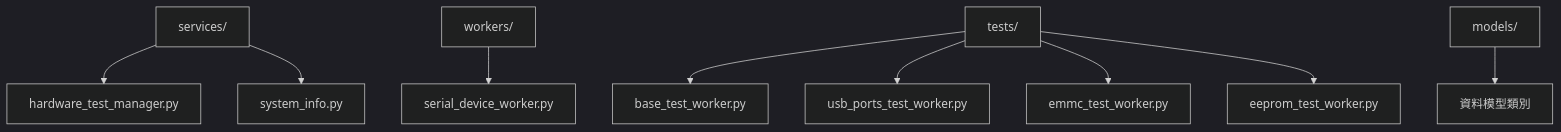
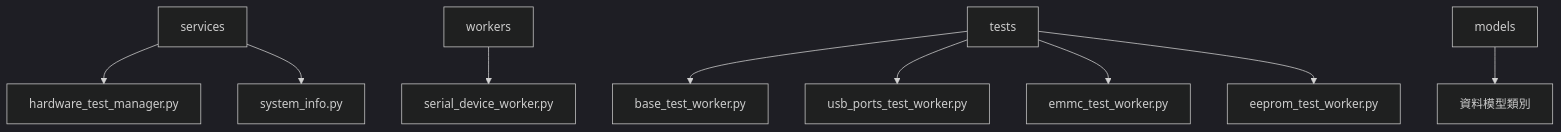
One commit to MingYuan-Chen/orion_v2 changed the third of 9 diagrams in orion_developer_document.md. Above: the diagram before and after it, drawn with Mermaid (dark theme). The commit also changed other lines of this file, not shown here.

Commit message:
update developer document - flow chart display2

````diff
--- a/orion_developer_document.md
+++ b/orion_developer_document.md
@@ -137,16 +137,16 @@
 ```mermaid
 graph TD
-    A[services/]
-    B[workers/]
-    C[tests/]
-    D[models/]
+    A[services]
+    B[workers]
+    C[tests]
+    D[models]
     
     A --> A1[hardware_test_manager.py]
     A --> A2[system_info.py]
     B --> B1[serial_device_worker.py]
     C --> C1[base_test_worker.py]
     C --> C2[usb_ports_test_worker.py]
     C --> C3[emmc_test_worker.py]
     C --> C4[eeprom_test_worker.py]
     D --> D1[資料模型類別]
 ```
````
